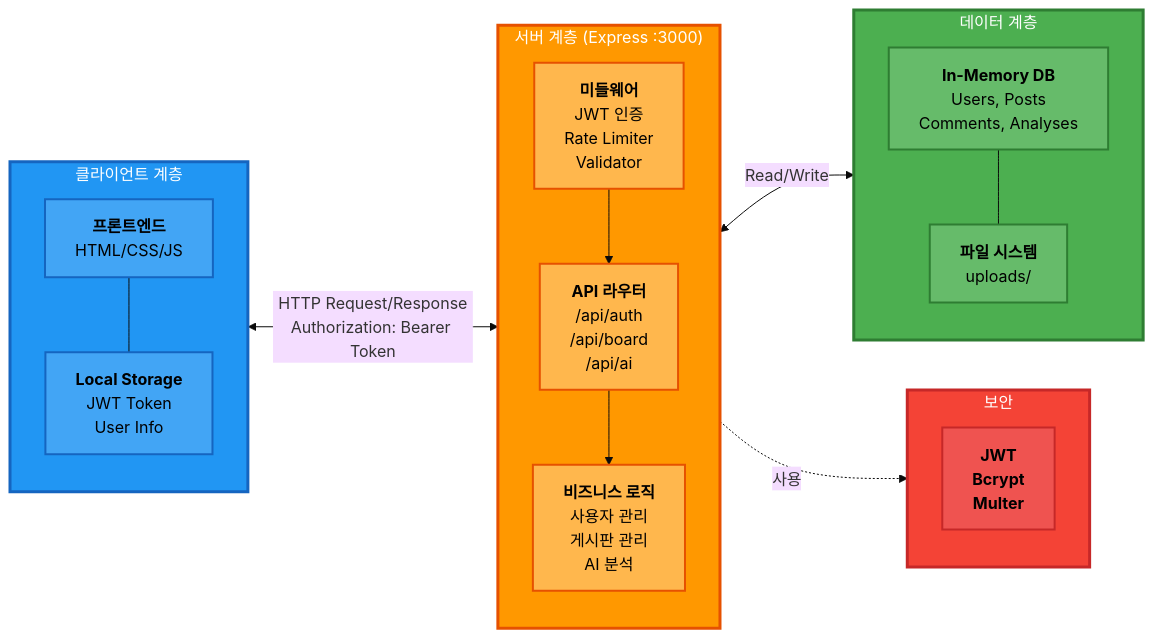
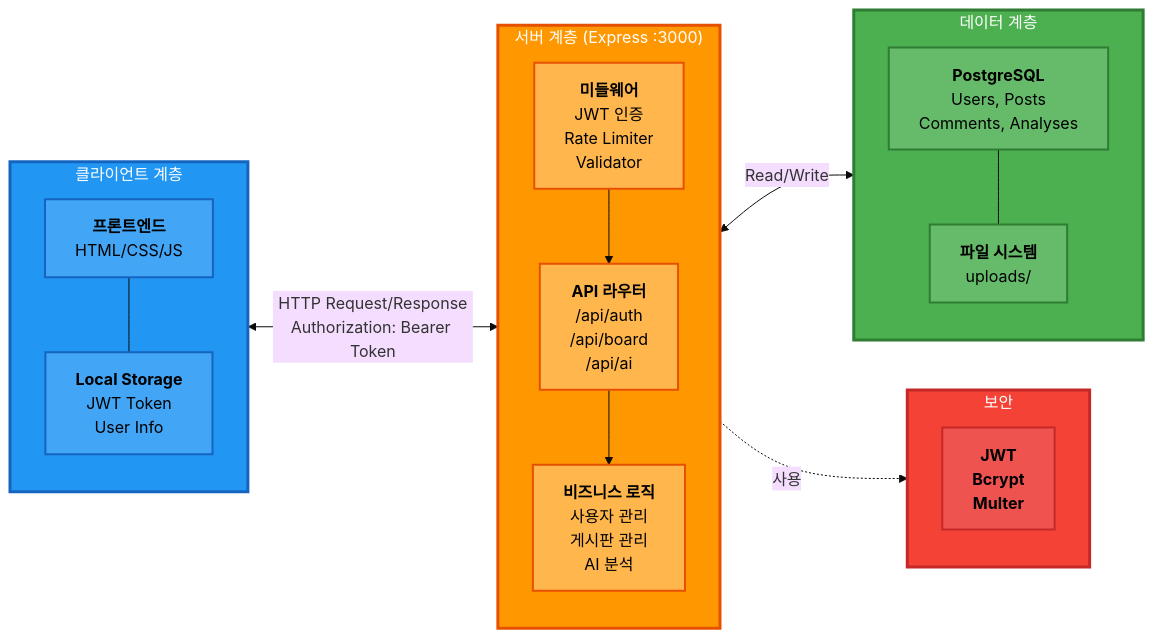
Before and after one commit to kyoe-23/DeepLearning_project: the first of 7 diagrams in Architecture.md, drawn with Mermaid (base theme). The commit also changed other lines of this file and 1 other file, not shown here.

````diff
--- a/Architecture.md
+++ b/Architecture.md
@@ -9,47 +9,47 @@
 ```mermaid
 graph LR
     subgraph CLIENT["클라이언트 계층"]
         direction TB
         FE["<b>프론트엔드</b><br/>HTML/CSS/JS"]
         STORAGE["<b>Local Storage</b><br/>JWT Token<br/>User Info"]
         FE --- STORAGE
     end
 
     subgraph SERVER["서버 계층 (Express :3000)"]
         direction TB
         MW["<b>미들웨어</b><br/>JWT 인증<br/>Rate Limiter<br/>Validator"]
         API["<b>API 라우터</b><br/>/api/auth<br/>/api/board<br/>/api/ai"]
         LOGIC["<b>비즈니스 로직</b><br/>사용자 관리<br/>게시판 관리<br/>AI 분석"]
         MW --> API --> LOGIC
     end
 
     subgraph DATA["데이터 계층"]
         direction TB
-        MEMORY["<b>In-Memory DB</b><br/>Users, Posts<br/>Comments, Analyses"]
+        POSTGRES["<b>PostgreSQL</b><br/>Users, Posts<br/>Comments, Analyses"]
         FILES["<b>파일 시스템</b><br/>uploads/"]
-        MEMORY --- FILES
+        POSTGRES --- FILES
     end
 
     subgraph SECURITY["보안"]
         direction TB
         SEC["<b>JWT</b><br/><b>Bcrypt</b><br/><b>Multer</b>"]
     end
 
     CLIENT <-->|"HTTP Request/Response<br/>Authorization: Bearer Token"| SERVER
     SERVER <-->|"Read/Write"| DATA
     SERVER -.->|"사용"| SECURITY
 
     style CLIENT fill:#2196F3,stroke:#1565C0,stroke-width:3px,color:#fff
     style SERVER fill:#FF9800,stroke:#E65100,stroke-width:3px,color:#fff
     style DATA fill:#4CAF50,stroke:#2E7D32,stroke-width:3px,color:#fff
     style SECURITY fill:#F44336,stroke:#C62828,stroke-width:3px,color:#fff
     
     style FE fill:#42A5F5,stroke:#1565C0,stroke-width:2px,color:#000
     style STORAGE fill:#42A5F5,stroke:#1565C0,stroke-width:2px,color:#000
     style MW fill:#FFB74D,stroke:#E65100,stroke-width:2px,color:#000
     style API fill:#FFB74D,stroke:#E65100,stroke-width:2px,color:#000
     style LOGIC fill:#FFB74D,stroke:#E65100,stroke-width:2px,color:#000
-    style MEMORY fill:#66BB6A,stroke:#2E7D32,stroke-width:2px,color:#000
+    style POSTGRES fill:#66BB6A,stroke:#2E7D32,stroke-width:2px,color:#000
     style FILES fill:#66BB6A,stroke:#2E7D32,stroke-width:2px,color:#000
     style SEC fill:#EF5350,stroke:#C62828,stroke-width:2px,color:#000
 ```
````
